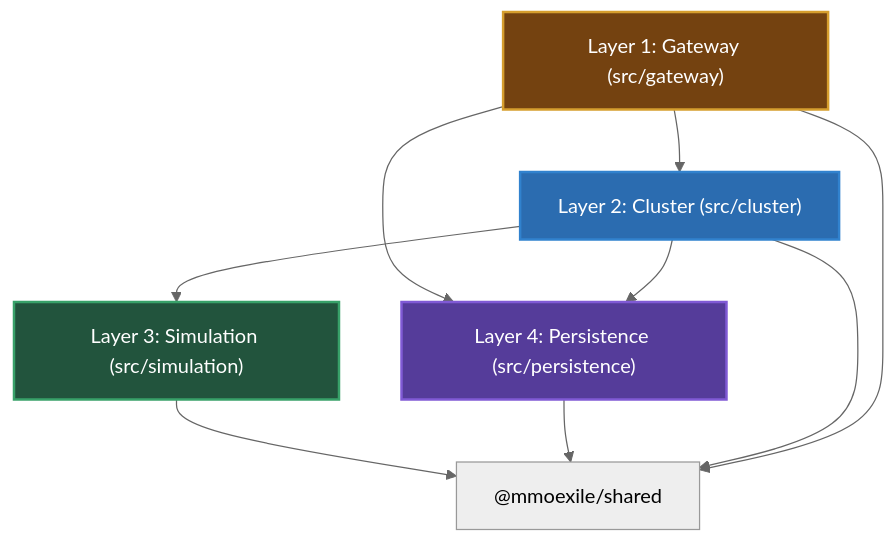
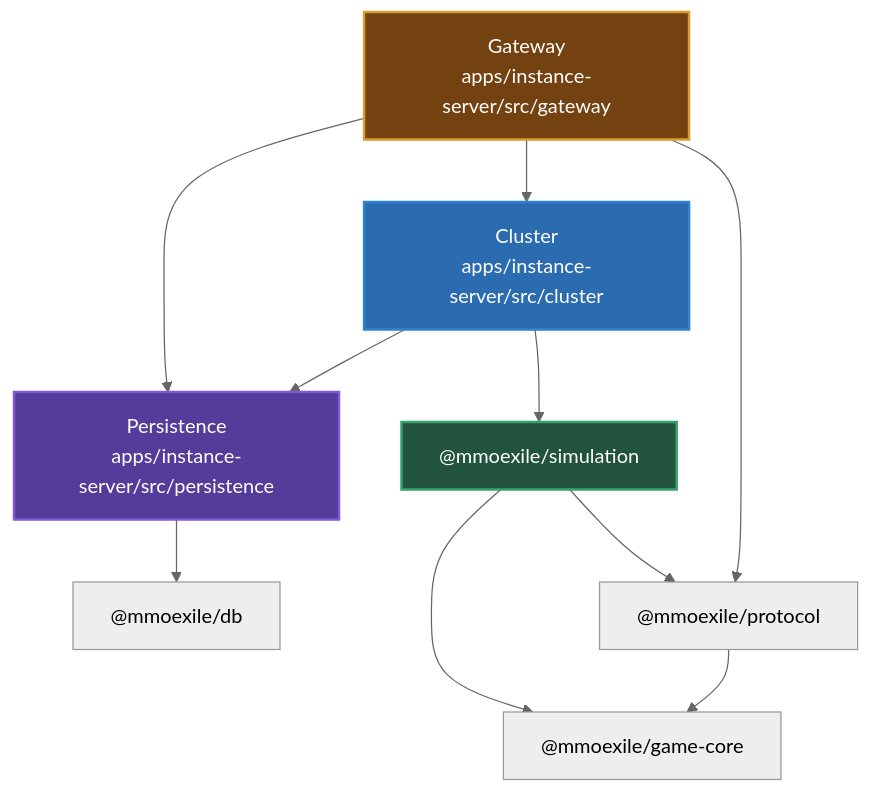
One commit to bigabig/mmoexile changed the first of 4 diagrams in docs/ARCHITECTURE.md. Above: the diagram before and after it, drawn with Mermaid (neutral theme). The commit also changed other lines of this file and 3 other files, not shown here.

First line of the commit message:
S0.8: Rewrite architecture doc and README for the new layout

````diff
--- a/docs/ARCHITECTURE.md
+++ b/docs/ARCHITECTURE.md
@@ -19,16 +20,17 @@
 ```mermaid
 flowchart TD
-    G["Layer 1: Gateway (src/gateway)"] --> C["Layer 2: Cluster (src/cluster)"]
-    G --> P["Layer 4: Persistence (src/persistence)"]
-    C --> S["Layer 3: Simulation (src/simulation)"]
+    G["Gateway<br/>apps/instance-server/src/gateway"] --> C["Cluster<br/>apps/instance-server/src/cluster"]
+    G --> P["Persistence<br/>apps/instance-server/src/persistence"]
+    C --> S["@mmoexile/simulation"]
     C --> P
-    S --> SH["@mmoexile/shared"]
-    P --> SH
-    C --> SH
-    G --> SH
+    P --> DB["@mmoexile/db"]
+    S --> PR["@mmoexile/protocol"]
+    S --> GC["@mmoexile/game-core"]
+    G --> PR
+    PR --> GC
 
     style S fill:#22543d,stroke:#38a169,stroke-width:2px,color:#fff
     style C fill:#2b6cb0,stroke:#3182ce,stroke-width:2px,color:#fff
     style G fill:#744210,stroke:#d69e2e,stroke-width:2px,color:#fff
     style P fill:#553c9a,stroke:#805ad5,stroke-width:2px,color:#fff
 ```
````
